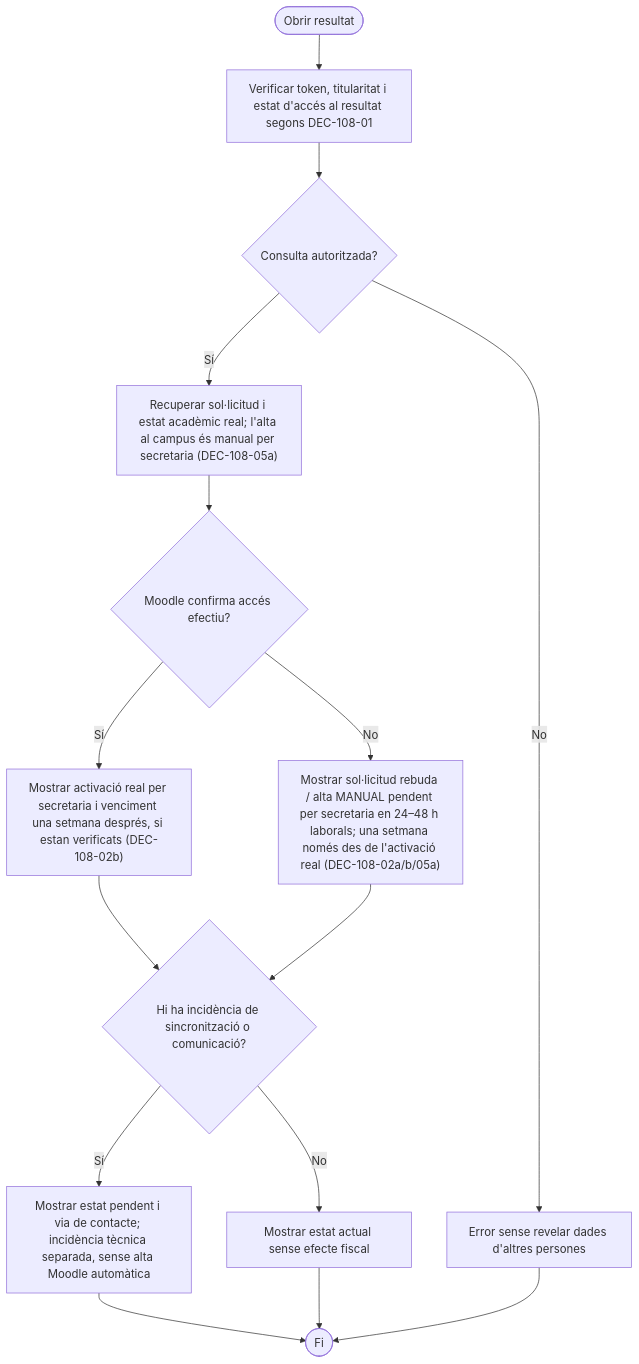
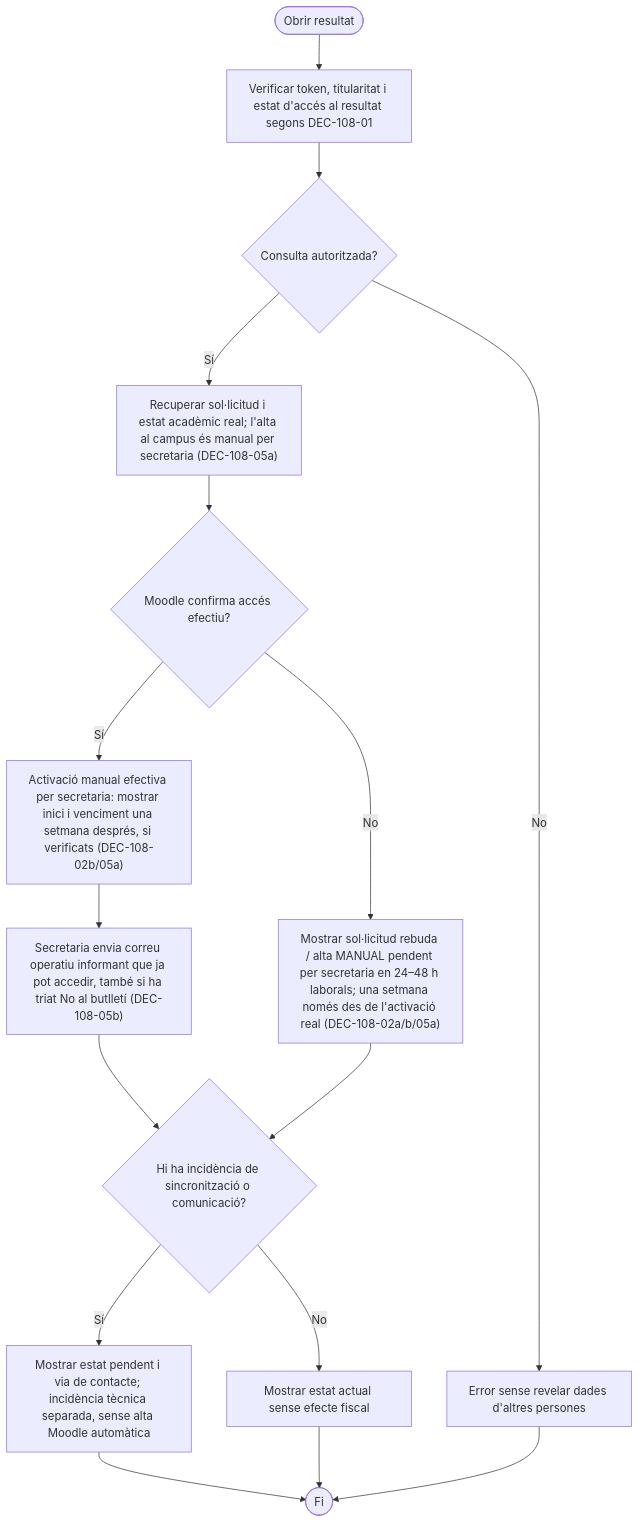
Before and after one commit to orgmeriemprismacat-del/verifactu: the eighth of 8 diagrams in documentacio/07-uml-integrat/uc-108-vistes-grafiques-activitats-pagines.md, drawn with Mermaid. The commit also changed other lines of this file, not shown here.

Commit message:
docs(mermaid uc-108): show secretariat access email only after actual manual activation

````diff
--- a/documentacio/07-uml-integrat/uc-108-vistes-grafiques-activitats-pagines.md
+++ b/documentacio/07-uml-integrat/uc-108-vistes-grafiques-activitats-pagines.md
@@ -174,17 +174,18 @@
 ```mermaid
 flowchart TD
   A([Obrir resultat]) --> B["Verificar token, titularitat i estat d'accés al resultat segons DEC-108-01"]
   B --> C{"Consulta autoritzada?"}
   C -->|No| D["Error sense revelar dades d'altres persones"]
   C -->|Sí| E["Recuperar sol·licitud i estat acadèmic real; l'alta al campus és manual per secretaria (DEC-108-05a)"]
   E --> F{"Moodle confirma accés efectiu?"}
-  F -->|Sí| G["Mostrar activació real per secretaria i venciment una setmana després, si estan verificats (DEC-108-02b)"]
+  F -->|Sí| G["Activació manual efectiva per secretaria: mostrar inici i venciment una setmana després, si verificats (DEC-108-02b/05a)"]
+  G --> GE["Secretaria envia correu operatiu informant que ja pot accedir, també si ha triat No al butlletí (DEC-108-05b)"]
   F -->|No| H["Mostrar sol·licitud rebuda / alta MANUAL pendent per secretaria en 24–48 h laborals; una setmana només des de l'activació real (DEC-108-02a/b/05a)"]
-  G --> I{"Hi ha incidència de sincronització o comunicació?"}
+  GE --> I{"Hi ha incidència de sincronització o comunicació?"}
   H --> I
   I -->|Sí| J["Mostrar estat pendent i via de contacte; incidència tècnica separada, sense alta Moodle automàtica"]
   I -->|No| K["Mostrar estat actual sense efecte fiscal"]
   J --> L([Fi])
   K --> L
   D --> L
 ```
````
